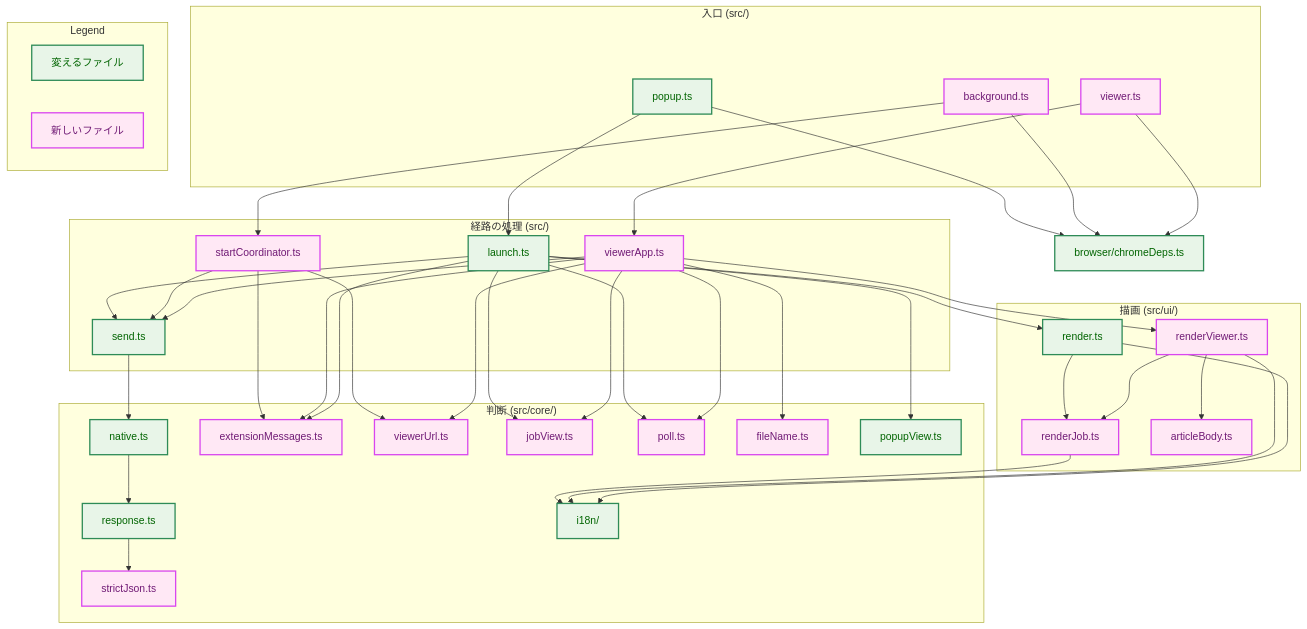
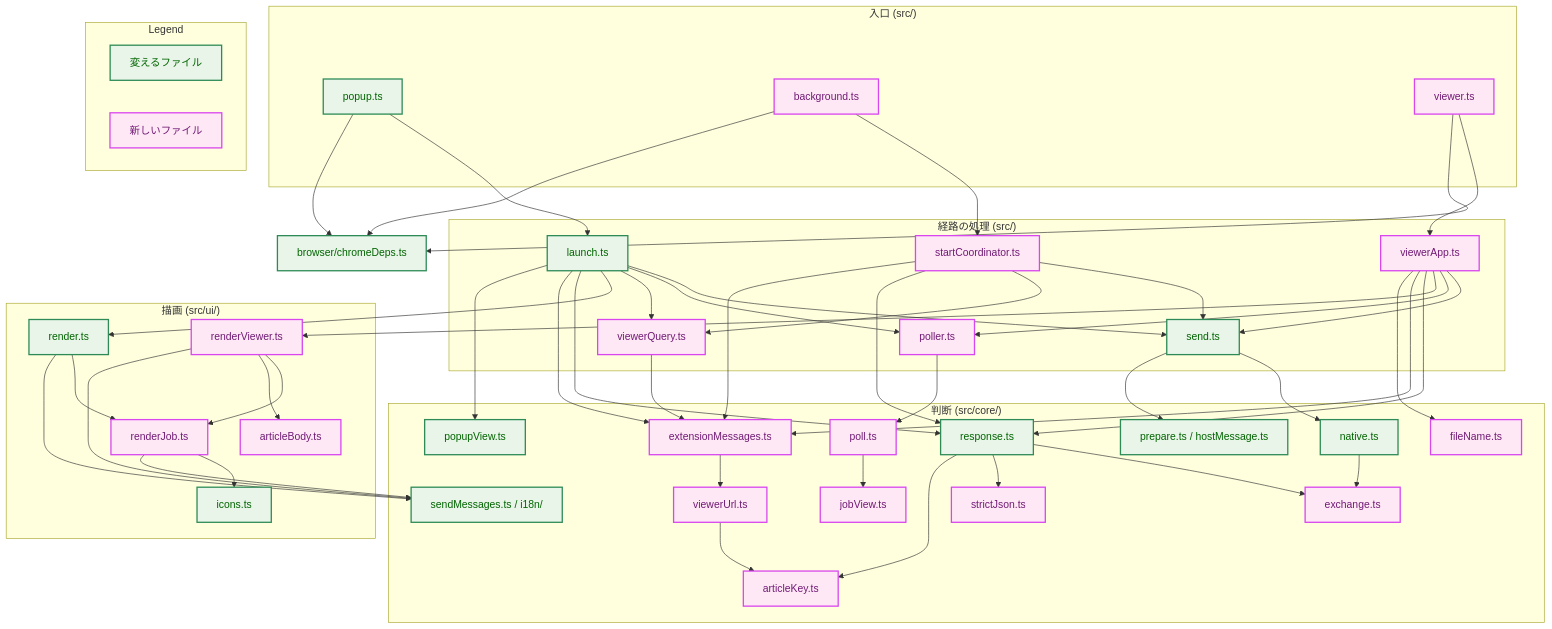
Before and after one commit to isseis/yt2column: the third of 11 diagrams in docs/tasks/0050_viewer_tab/02_architecture.md, drawn with Mermaid. The commit also changed other lines of this file, not shown here.

First line of the commit message:
docs(0050): address the architecture review and polish the Japanese

````diff
--- a/docs/tasks/0050_viewer_tab/02_architecture.md
+++ b/docs/tasks/0050_viewer_tab/02_architecture.md
@@ -155,64 +193,78 @@
 ```mermaid
 flowchart TB
-    classDef process fill:#fff1e6,stroke:#ff7f0e,stroke-width:1px,color:#8a3e00;
     classDef enhanced fill:#e8f5e8,stroke:#2e8b57,stroke-width:2px,color:#006400;
     classDef newpkg fill:#ffe8f5,stroke:#d946ef,stroke-width:2px,color:#701a75;
 
     subgraph ENTRY["入口 (src/)"]
         E1["popup.ts"]
         E2["background.ts"]
         E3["viewer.ts"]
     end
     subgraph PATH["経路の処理 (src/)"]
         P1["launch.ts"]
         P2["startCoordinator.ts"]
         P3["viewerApp.ts"]
         P4["send.ts"]
+        P5["poller.ts"]
+        P6["viewerQuery.ts"]
     end
     subgraph UI["描画 (src/ui/)"]
         U1["render.ts"]
         U2["renderJob.ts"]
         U3["renderViewer.ts"]
         U4["articleBody.ts"]
+        U5["icons.ts"]
     end
     subgraph CORE["判断 (src/core/)"]
+        C0["exchange.ts"]
         C1["strictJson.ts"]
         C2["response.ts"]
         C3["native.ts"]
         C4["extensionMessages.ts"]
         C5["viewerUrl.ts"]
         C6["jobView.ts"]
         C7["poll.ts"]
         C8["fileName.ts"]
         C9["popupView.ts"]
-        C10["i18n/"]
+        C10["sendMessages.ts / i18n/"]
+        C11["prepare.ts / hostMessage.ts"]
+        C12["articleKey.ts"]
     end
     B1["browser/chromeDeps.ts"]
 
     E1 --> P1
     E2 --> P2
     E3 --> P3
     E1 & E2 & E3 --> B1
     P1 & P2 & P3 --> P4
+    P1 & P3 --> P5
+    P1 & P2 --> P6
     P1 --> U1
     P3 --> U3
     U1 & U3 --> U2
+    U2 --> U5
     U3 --> U4
-    P4 --> C3 --> C2 --> C1
-    P1 & P3 --> C7 & C6
-    P2 & P3 & P1 --> C4
-    P2 & P3 --> C5
+    P4 --> C3
+    P4 --> C11
+    C3 --> C0
+    C2 --> C0
+    C2 --> C1
+    C2 --> C12
+    P1 & P2 & P3 --> C2
+    P5 --> C7 --> C6
+    P2 & P3 & P1 & P6 --> C4
+    C4 --> C5 --> C12
     P3 --> C8
     P1 --> C9
     U2 & U3 & U1 --> C10
 
-    class E1,P1,P4,U1,C2,C3,C9,C10,B1 enhanced
-    class E2,E3,P2,P3,U2,U3,U4,C1,C4,C5,C6,C7,C8 newpkg
+    class E1,P1,P4,U1,U5,C2,C3,C9,C10,C11,B1 enhanced
+    class E2,E3,P2,P3,P5,P6,U2,U3,U4,C0,C1,C4,C5,C6,C7,C8,C12 newpkg
 
     subgraph Legend["Legend"]
         L2["変えるファイル"]
         L3["新しいファイル"]
     end
     class L2 enhanced
     class L3 newpkg
 ```
````
